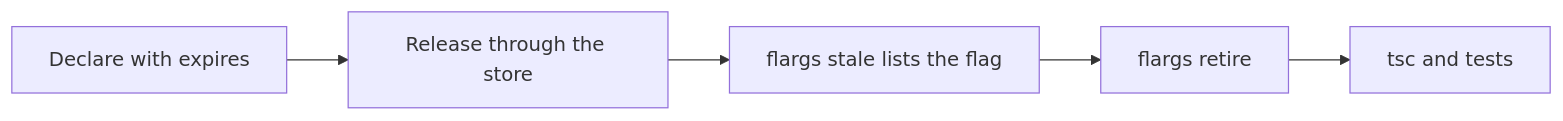
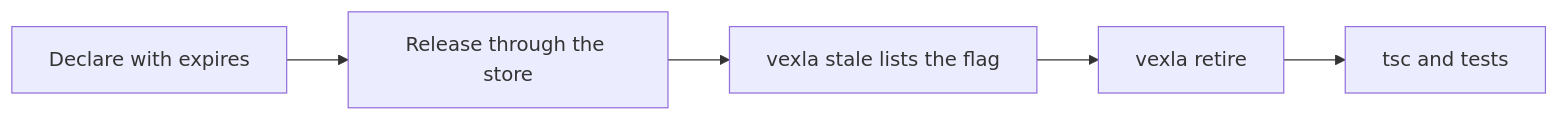
The diagram in docs/src/pages/guides/retirement.mdx (wevm/vexla), drawn with Mermaid before and after one commit. The commit also changed other lines of this file and 154 other files, not shown here.

First line of the commit message:
refactor: rename flargs to vexla

````diff
--- a/docs/src/pages/guides/retirement.mdx
+++ b/docs/src/pages/guides/retirement.mdx
@@ -7,8 +7,8 @@
 ```mermaid
 flowchart LR
   %% Each step is one command or one check.
   declare[Declare with expires] --> release[Release through the store]
-  release --> stale[flargs stale lists the flag]
-  stale --> retire[flargs retire]
+  release --> stale[vexla stale lists the flag]
+  stale --> retire[vexla retire]
   retire --> check[tsc and tests]
 ```
````
